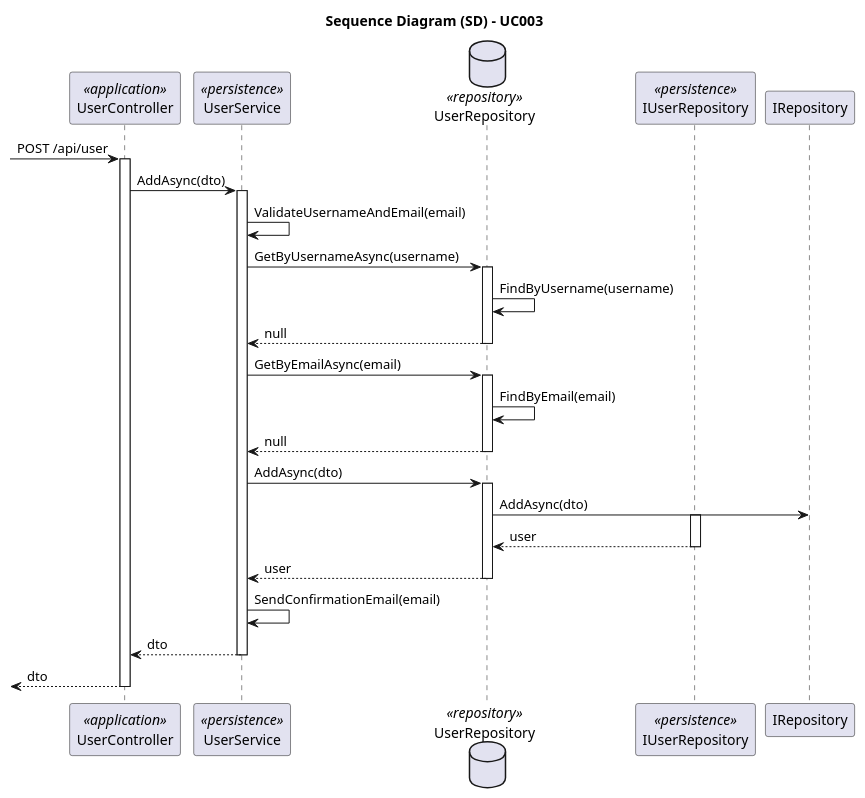
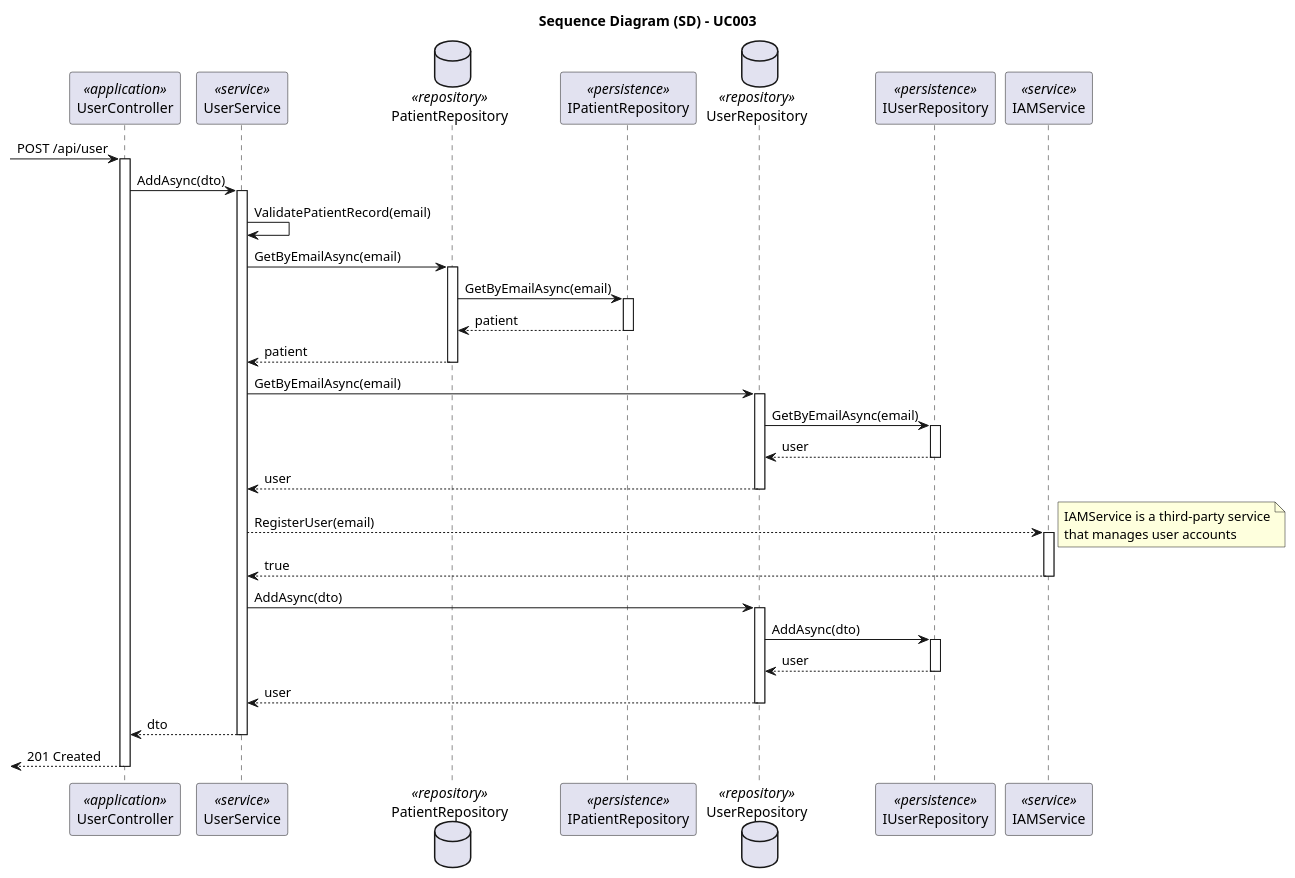
The diagram in docs/SprintA/UseCases/UC003/03.design/puml/uc003-sequence-diagram.puml (1221124/sem5pi-24-25-g031), drawn with PlantUML before and after one commit. The commit also changed 4 other files, not shown here.

```diff
--- a/docs/SprintA/UseCases/UC003/03.design/puml/uc003-sequence-diagram.puml
+++ b/docs/SprintA/UseCases/UC003/03.design/puml/uc003-sequence-diagram.puml
@@ -1,72 +1,95 @@
 @startuml uc003-sequence-diagram
 
 skinparam packageStyle rectangle
 skinparam shadowing false
 skinparam linetype polyline
 
 skinparam classAttributeIconSize 0
 
 title Sequence Diagram (SD) - UC003
 
 participant UserController as Controller <<application>>
-participant UserService as Service <<persistence>>
-database UserRepository as Repository <<repository>>
-participant IUserRepository as IRepo <<persistence>>
+participant UserService as Service <<service>>
+database PatientRepository as PRepository <<repository>>
+participant IPatientRepository as IPRepo <<persistence>>
+database UserRepository as URepository <<repository>>
+participant IUserRepository as IURepo <<persistence>>
+participant IAMService as IAMService <<service>>
 
 -> Controller: POST /api/user
 
 activate Controller
 
     Controller -> Service: AddAsync(dto)
 
     activate Service
 
-        Service -> Service: ValidateUsernameAndEmail(email)
+        Service -> Service: ValidatePatientRecord(email)
 
-        Service -> Repository: GetByUsernameAsync(username)
+        Service -> PRepository: GetByEmailAsync(email)
+
+        activate PRepository
+
+            PRepository -> IPRepo: GetByEmailAsync(email)
+
+            activate IPRepo
+
+                IPRepo --> PRepository: patient
+
+            deactivate IPRepo
+
+            PRepository --> Service: patient
+
+        deactivate PRepository
+
+        Service -> URepository: GetByEmailAsync(email)
         
-        activate Repository
+        activate URepository
 
-            Repository -> Repository: FindByUsername(username)
-            
-            Repository --> Service: null
+            URepository -> IURepo: GetByEmailAsync(email)
 
-        deactivate Repository
+            activate IURepo
 
-        Service -> Repository: GetByEmailAsync(email)
-        
-        activate Repository
+                IURepo --> URepository: user
 
-            Repository -> Repository: FindByEmail(email)
-            
-            Repository --> Service: null
+            deactivate IURepo
 
-        deactivate Repository
+            URepository --> Service: user
 
-        Service -> Repository: AddAsync(dto)
+        deactivate URepository
 
-        activate Repository
+        Service --> IAMService: RegisterUser(email)
 
-            Repository -> IRepository: AddAsync(dto)
-            
-            activate IRepo
+        note right: IAMService is a third-party service\nthat manages user accounts
 
-                IRepo --> Repository: user
+        activate IAMService
 
-            deactivate IRepo
-            
-            Repository --> Service: user
+            IAMService --> Service: true
 
-        deactivate Repository
+        deactivate IAMService
 
-        Service -> Service: SendConfirmationEmail(email)
+        Service -> URepository: AddAsync(dto)
+
+        activate URepository
+
+            URepository -> IURepo: AddAsync(dto)
+
+            activate IURepo
+
+                IURepo --> URepository: user
+
+            deactivate IURepo
+
+            URepository --> Service: user
+
+        deactivate URepository
 
         Service --> Controller: dto
 
     deactivate Service
 
-    <-- Controller: dto
+    <-- Controller: 201 Created
 
 deactivate Controller
 
 @enduml
```
